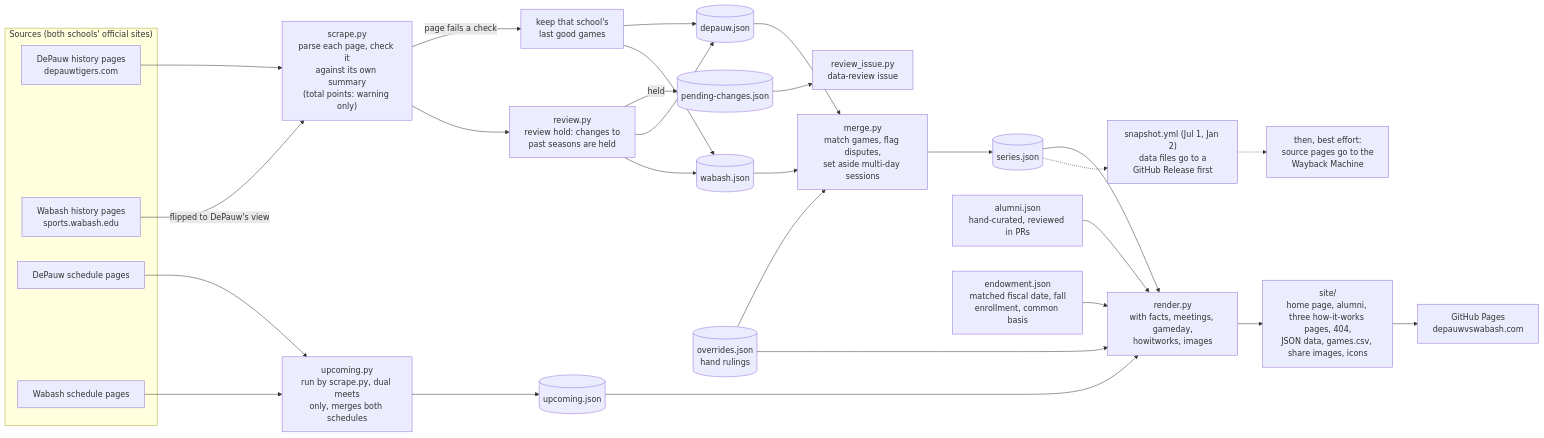
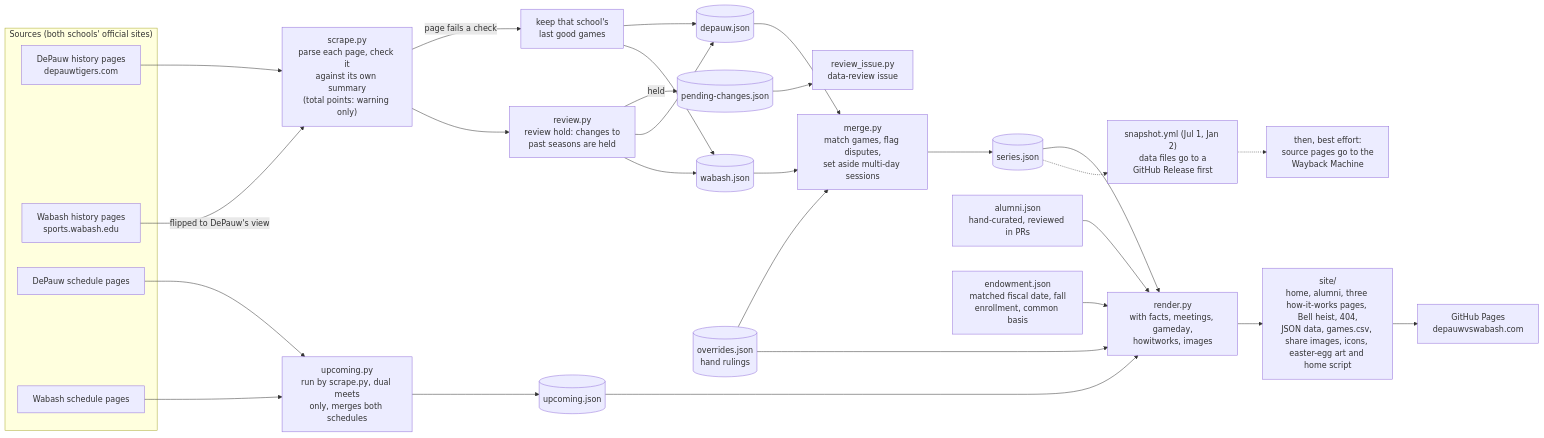
The first of 3 diagrams in README.md (Haynesmodel/DePauw-vs-Wabash-web), drawn with Mermaid before and after one commit. The commit also changed other lines of this file and 19 other files, not shown here.

````diff
--- a/README.md
+++ b/README.md
@@ -72,36 +75,36 @@
 ```mermaid
 flowchart LR
   subgraph SRC["Sources (both schools' official sites)"]
     DH["DePauw history pages<br/>depauwtigers.com"]
     WH["Wabash history pages<br/>sports.wabash.edu"]
     DS["DePauw schedule pages"]
     WS["Wabash schedule pages"]
   end
 
   DH --> P["scrape.py<br/>parse each page, check it<br/>against its own summary<br/>(total points: warning only)"]
   WH -- "flipped to DePauw's view" --> P
   P -- "page fails a check" --> K["keep that school's<br/>last good games"]
   P --> R["review.py<br/>review hold: changes to<br/>past seasons are held"]
   R -- "held" --> PC[("pending-changes.json")]
   PC --> RI["review_issue.py<br/>data-review issue"]
   R --> DJ[("depauw.json")]
   R --> WJ[("wabash.json")]
   K --> DJ
   K --> WJ
   DJ --> M["merge.py<br/>match games, flag disputes,<br/>set aside multi-day sessions"]
   WJ --> M
   OV[("overrides.json<br/>hand rulings")] --> M
   M --> SJ[("series.json")]
   DS --> U["upcoming.py<br/>run by scrape.py, dual meets<br/>only, merges both schedules"]
   WS --> U
   U --> UJ[("upcoming.json")]
   SJ --> RN["render.py<br/>with facts, meetings, gameday,<br/>howitworks, images"]
   AL["alumni.json<br/>hand-curated, reviewed in PRs"] --> RN
   EN["endowment.json<br/>matched fiscal date, fall<br/>enrollment, common basis"] --> RN
   UJ --> RN
   OV --> RN
-  RN --> SITE["site/<br/>home page, alumni, three how-it-works pages, 404,<br/>JSON data, games.csv, share images, icons"]
+  RN --> SITE["site/<br/>home, alumni, three how-it-works pages, Bell heist, 404,<br/>JSON data, games.csv, share images, icons, easter-egg art and home script"]
   SITE --> GP["GitHub Pages<br/>depauwvswabash.com"]
   SJ -.-> SN["snapshot.yml (Jul 1, Jan 2)<br/>data files go to a<br/>GitHub Release first"]
   SN -.-> WB["then, best effort:<br/>source pages go to the<br/>Wayback Machine"]
 ```
````
